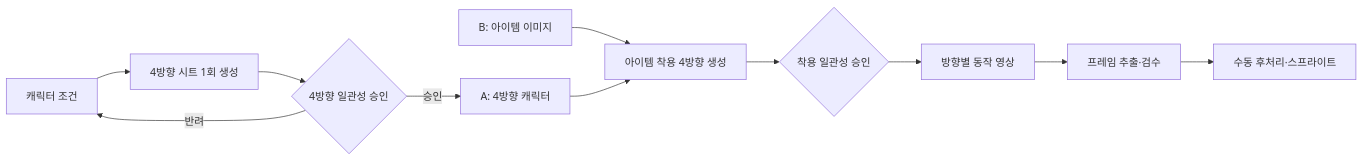
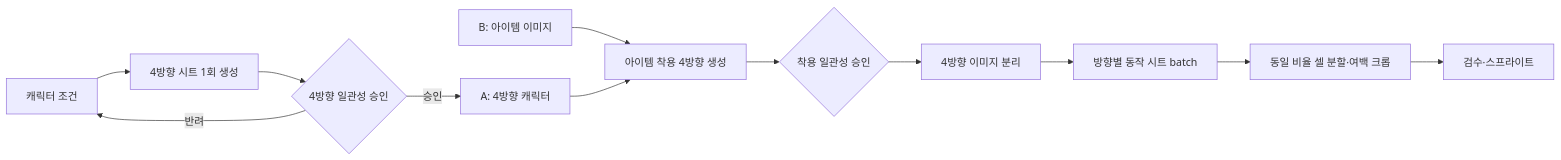
The diagram in docs/PRODUCT_PLAN.md (yyeongjin/2d-assets-generator), drawn with Mermaid before and after one commit. The commit also changed other lines of this file and 10 other files, not shown here.

````diff
--- a/docs/PRODUCT_PLAN.md
+++ b/docs/PRODUCT_PLAN.md
@@ -9,13 +9,14 @@
 ```mermaid
 flowchart LR
     A["캐릭터 조건"] --> B["4방향 시트 1회 생성"]
     B --> C{"4방향 일관성 승인"}
     C -->|"반려"| A
     C -->|"승인"| D["A: 4방향 캐릭터"]
     E["B: 아이템 이미지"] --> F["아이템 착용 4방향 생성"]
     D --> F
     F --> G{"착용 일관성 승인"}
-    G --> H["방향별 동작 영상"]
-    H --> I["프레임 추출·검수"]
-    I --> J["수동 후처리·스프라이트"]
+    G --> H["4방향 이미지 분리"]
+    H --> I["방향별 동작 시트 batch"]
+    I --> J["동일 비율 셀 분할·여백 크롭"]
+    J --> K["검수·스프라이트"]
 ```
````
